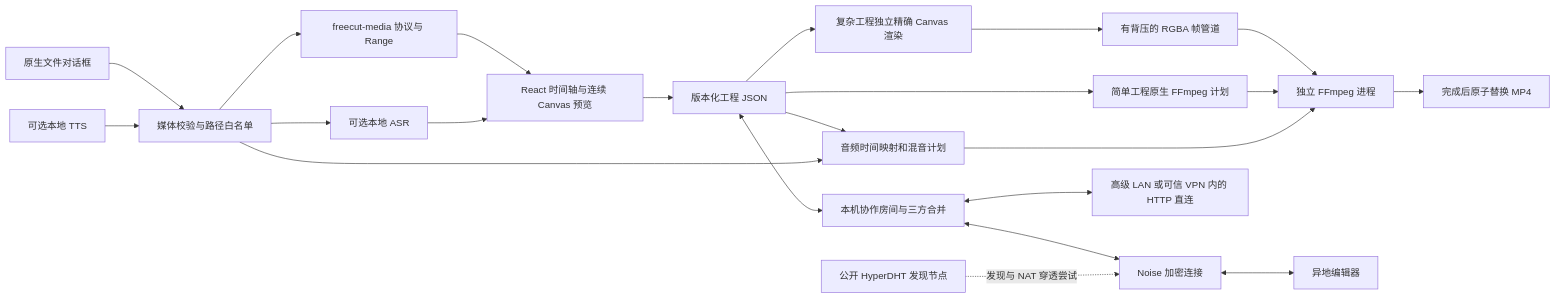
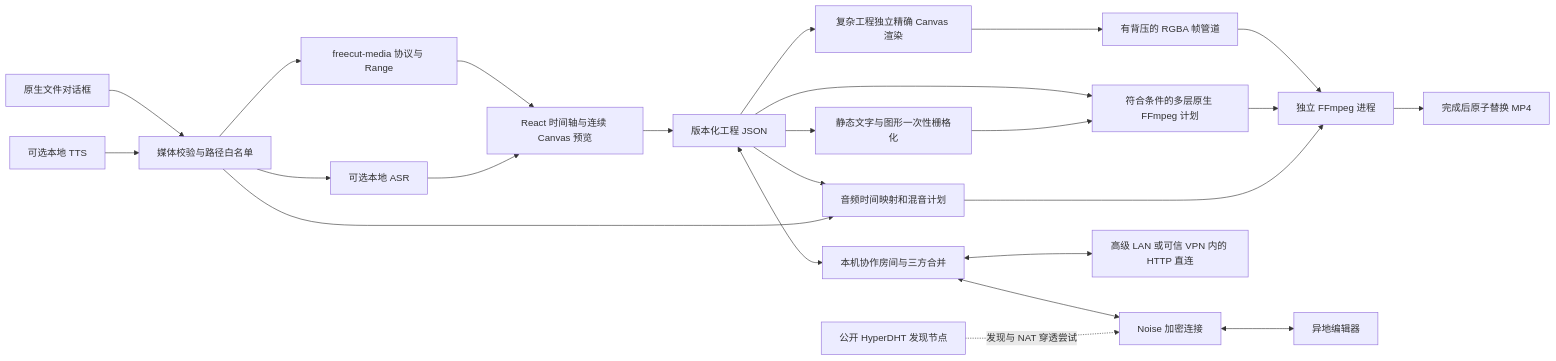
Before and after one commit to Watertube-bilibili/freecut-desktop: the diagram in docs/ARCHITECTURE.md, drawn with Mermaid. The commit also changed other lines of this file and 57 other files, not shown here.

````diff
--- a/docs/ARCHITECTURE.md
+++ b/docs/ARCHITECTURE.md
@@ -7,24 +9,26 @@
 ```mermaid
 flowchart LR
   A[原生文件对话框] --> B[媒体校验与路径白名单]
   B --> C[freecut-media 协议与 Range]
   C --> D[React 时间轴与连续 Canvas 预览]
   D --> E[版本化工程 JSON]
-  E --> N[简单工程原生 FFmpeg 计划]
+  E --> N[符合条件的多层原生 FFmpeg 计划]
+  E --> T[静态文字与图形一次性栅格化]
+  T --> N
   E --> F[复杂工程独立精确 Canvas 渲染]
   F --> G[有背压的 RGBA 帧管道]
   E --> H[音频时间映射和混音计划]
   B --> H
   G --> I[独立 FFmpeg 进程]
   N --> I
   H --> I
   I --> J[完成后原子替换 MP4]
   B --> K[可选本地 ASR]
   K --> D
   L[可选本地 TTS] --> B
   E <--> M[本机协作房间与三方合并]
   M <--> P[Noise 加密连接]
   P <--> O[异地编辑器]
   Q[公开 HyperDHT 发现节点] -. 发现与 NAT 穿透尝试 .-> P
   M <--> R[高级 LAN 或可信 VPN 内的 HTTP 直连]
 ```
````
